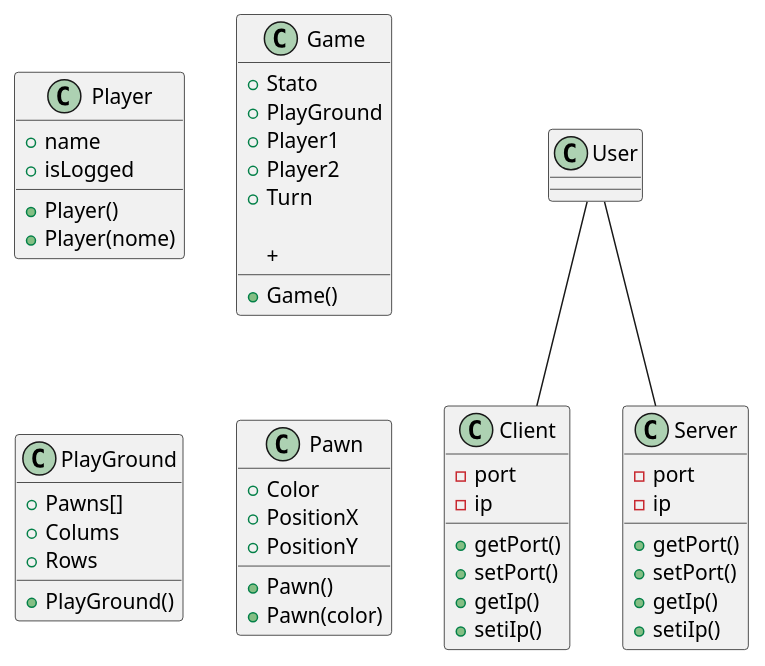
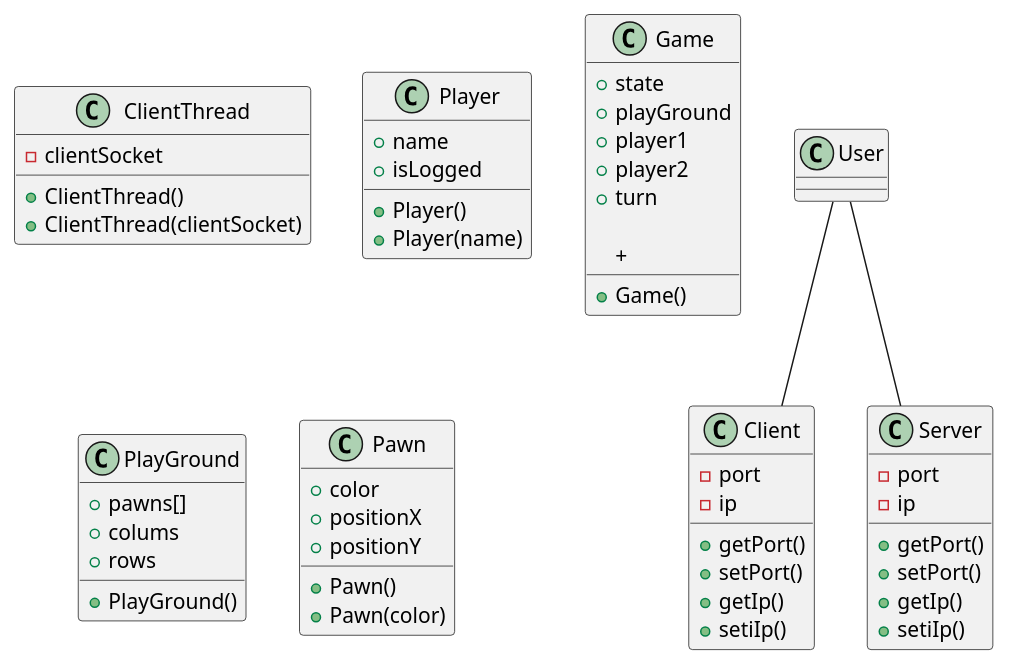
Before and after one commit to dennisgallina/Forza-4: the diagram in Progettazione/Class Diagram.puml, drawn with PlantUML.

Commit message:
Avanzamento UML

```diff
--- a/Progettazione/Class Diagram.puml
+++ b/Progettazione/Class Diagram.puml
@@ -1,61 +1,68 @@
 @startuml Forza 4
+Class "ClientThread" {
+    +ClientThread()
+    +ClientThread(clientSocket)
+
+    -clientSocket
+}
+
 class "Player" {
     +Player()
-    +Player(nome)
+    +Player(name)
 
     +name
     +isLogged
 }
 
 class "Game" {
     +Game()
 
-    +Stato
-    +PlayGround
-    +Player1
-    +Player2
-    +Turn
+    +state
+    +playGround
+    +player1
+    +player2
+    +turn
 
     +
 }
 
 class "PlayGround" {
     +PlayGround()
 
-    +Pawns[]
-    +Colums
-    +Rows
+    +pawns[]
+    +colums
+    +rows
 }
 
 class "Pawn" {
     +Pawn()
     +Pawn(color)
 
-    +Color
-    +PositionX
-    +PositionY
+    +color
+    +positionX
+    +positionY
 }
 
 Class "Client" {
     -port
     -ip
 
     +getPort()
     +setPort()
     +getIp()
     +setiIp()
 }
 
 Class "Server" {
     -port
     -ip
 
     +getPort()
     +setPort()
     +getIp()
     +setiIp()
 }
 
 User -- Client
 User -- Server
 @enduml
```
